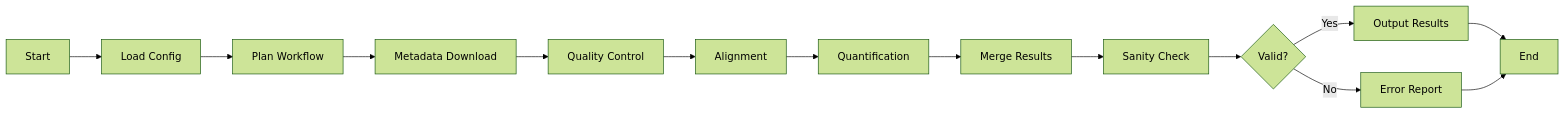
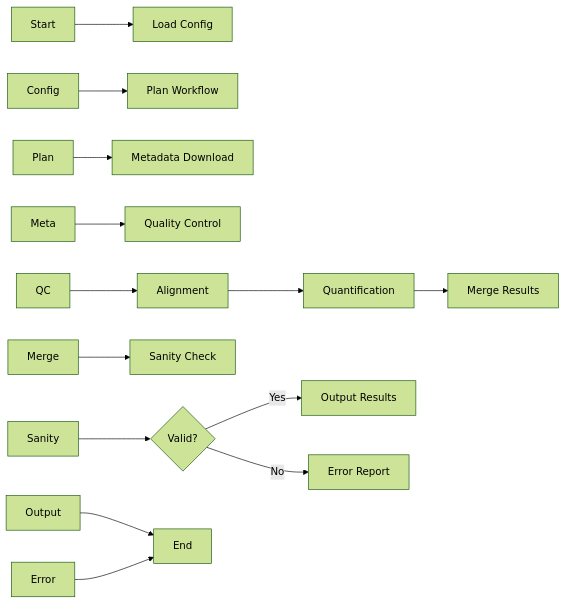
The fourth of 4 diagrams in src/metainformant/rna/README.md (docxology/MetaInformAnt), drawn with Mermaid (forest theme) before and after one commit. The commit also changed other lines of this file and 611 other files, not shown here.

````diff
--- a/src/metainformant/rna/README.md
+++ b/src/metainformant/rna/README.md
@@ -132,16 +126,16 @@
 ```mermaid
 flowchart LR
-    Start[Start] --> Config[Load Config]
-    Config --> Plan[Plan Workflow]
-    Plan --> Meta[Metadata Download]
-    Meta --> QC[Quality Control]
+    Start[Start] --> ConfigloadConfig[Load Config]
+    Config --> PlanplanWorkflow[Plan Workflow]
+    Plan --> MetametadataDownload[Metadata Download]
+    Meta --> QCqualityControl[Quality Control]
     QC --> Align[Alignment]
     Align --> Quant[Quantification]
-    Quant --> Merge[Merge Results]
-    Merge --> Sanity[Sanity Check]
+    Quant --> MergemergeResults[Merge Results]
+    Merge --> SanitysanityCheck[Sanity Check]
     Sanity --> Results{Valid?}
-    Results -->|Yes| Output[Output Results]
-    Results -->|No| Error[Error Report]
+    Results -->|Yes| OutputoutputResults[Output Results]
+    Results -->|No| ErrorerrorReport[Error Report]
     Output --> End[End]
     Error --> End
 ```
````
